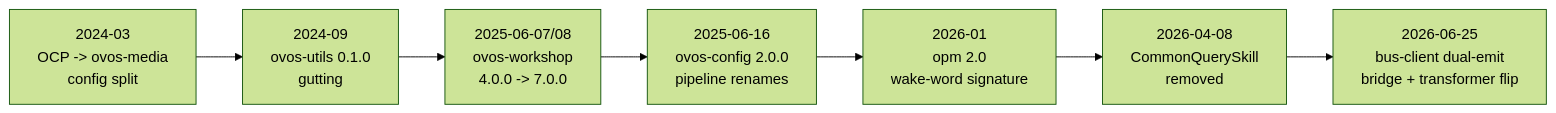
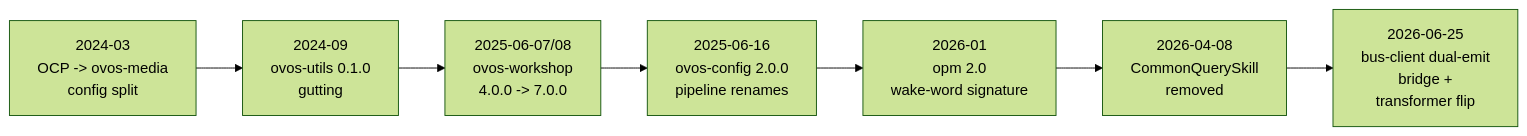
One commit to OpenVoiceOS/beta-technical-manual changed the diagram in docs/updating-from-older-ovos.md. Above: the diagram before and after it, drawn with Mermaid (forest theme). The commit also changed 19 other files, not shown here.

First line of the commit message:
docs: fit diagrams to the content column; arena live URL

````diff
--- a/docs/updating-from-older-ovos.md
+++ b/docs/updating-from-older-ovos.md
@@ -85,9 +85,9 @@
 ```mermaid
 flowchart LR
-    A["2024-03\nOCP -> ovos-media\nconfig split"] --> B["2024-09\novos-utils 0.1.0\ngutting"]
-    B --> C["2025-06-07/08\novos-workshop\n4.0.0 -> 7.0.0"]
-    C --> D["2025-06-16\novos-config 2.0.0\npipeline renames"]
-    D --> E["2026-01\nopm 2.0\nwake-word signature"]
-    E --> F["2026-04-08\nCommonQuerySkill\nremoved"]
-    F --> G["2026-06-25\nbus-client dual-emit\nbridge + transformer flip"]
+    A["2024-03<br/>OCP -> ovos-media<br/>config split"] --> B["2024-09<br/>ovos-utils 0.1.0<br/>gutting"]
+    B --> C["2025-06-07/08<br/>ovos-workshop<br/>4.0.0 -> 7.0.0"]
+    C --> D["2025-06-16<br/>ovos-config 2.0.0<br/>pipeline renames"]
+    D --> E["2026-01<br/>opm 2.0<br/>wake-word signature"]
+    E --> F["2026-04-08<br/>CommonQuerySkill<br/>removed"]
+    F --> G["2026-06-25<br/>bus-client dual-emit<br/>bridge +<br/>transformer flip"]
 ```
````
